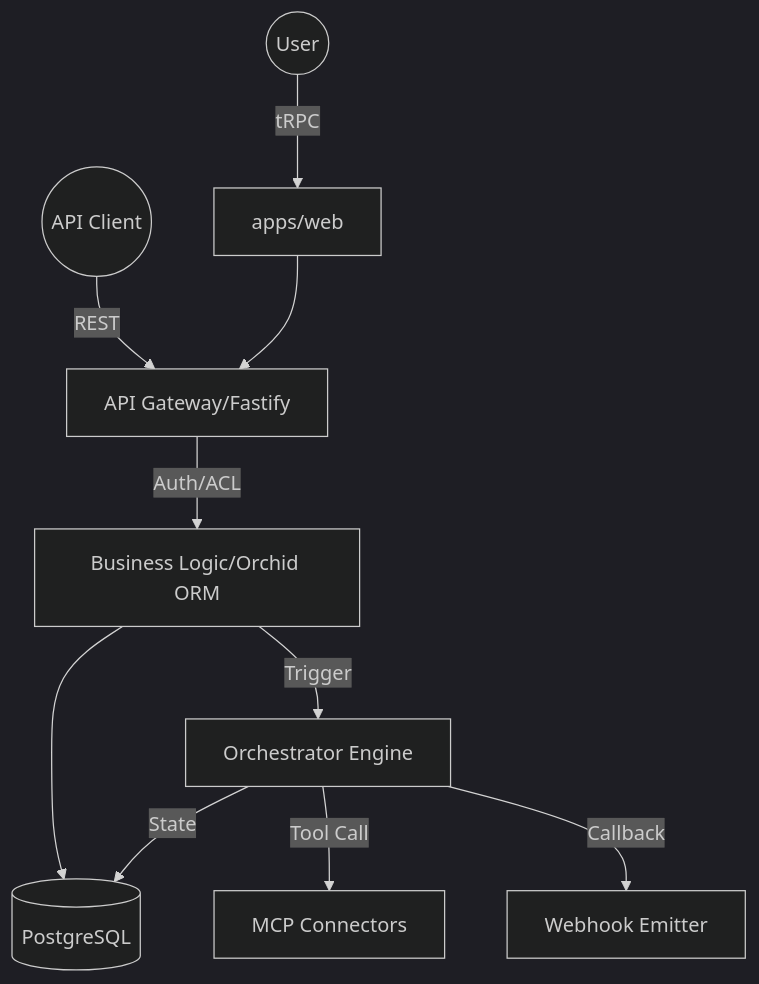
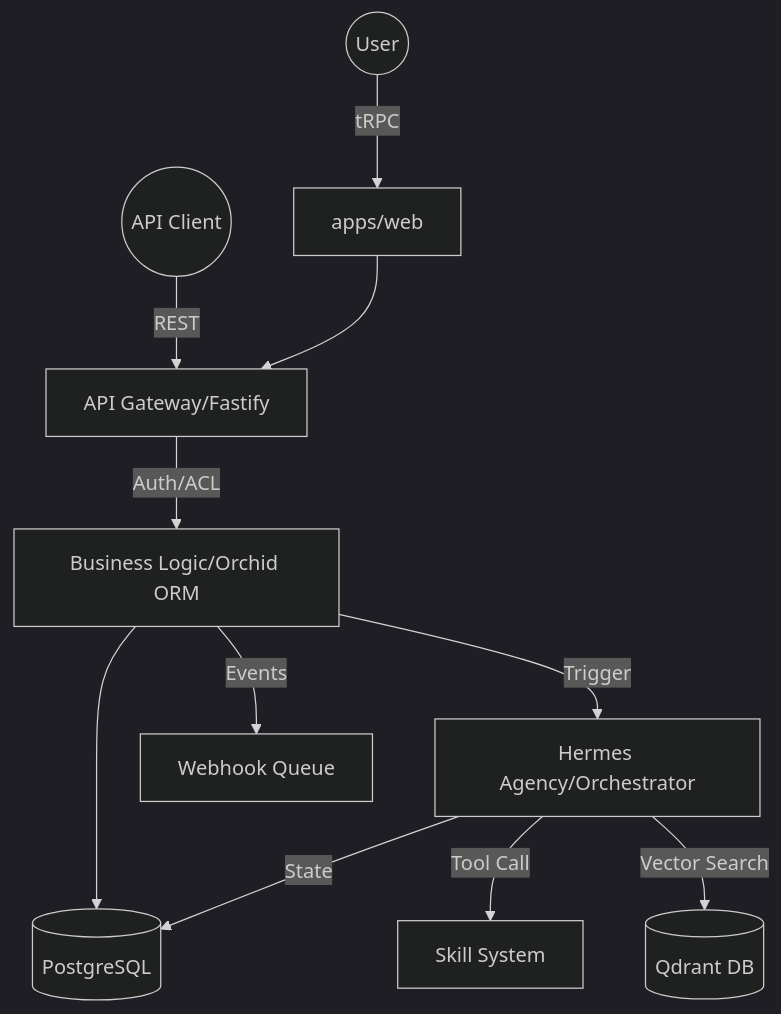
One commit to zapprosite/monorepo changed the diagram in .context/docs/data-flow.md. Above: the diagram before and after it, drawn with Mermaid (dark theme). The commit also changed other lines of this file and 12 other files, not shown here.

````diff
--- a/.context/docs/data-flow.md
+++ b/.context/docs/data-flow.md
@@ -48,12 +42,13 @@
 ```mermaid
 graph TD
     User((User)) -->|tRPC| WebApp[apps/web]
     External((API Client)) -->|REST| Gateway[API Gateway/Fastify]
     WebApp --> Gateway
     Gateway -->|Auth/ACL| Logic[Business Logic/Orchid ORM]
     Logic --> DB[(PostgreSQL)]
-    Logic -->|Trigger| Orch[Orchestrator Engine]
-    Orch -->|Tool Call| MCP[MCP Connectors]
-    Orch -->|State| DB
-    Orch -->|Callback| Webhook[Webhook Emitter]
+    Logic -->|Trigger| Agency[Hermes Agency/Orchestrator]
+    Agency -->|Tool Call| Skills[Skill System]
+    Agency -->|Vector Search| Qdrant[(Qdrant DB)]
+    Agency -->|State| DB
+    Logic -->|Events| Webhook[Webhook Queue]
 ```
````
